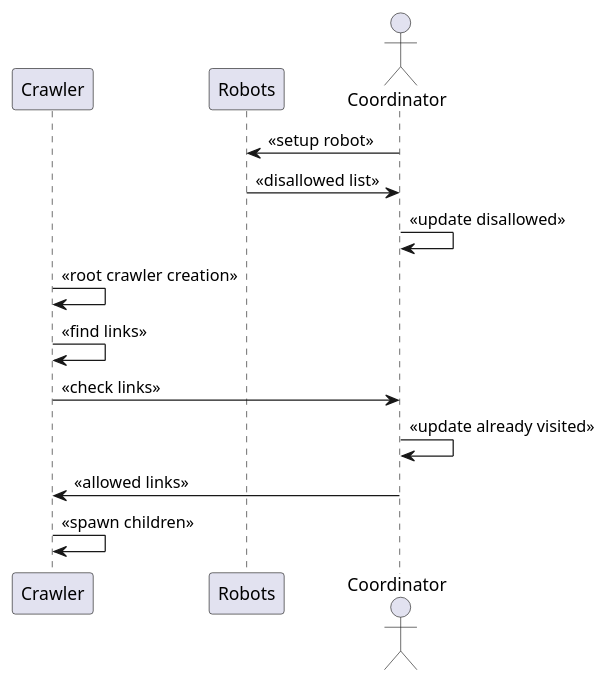
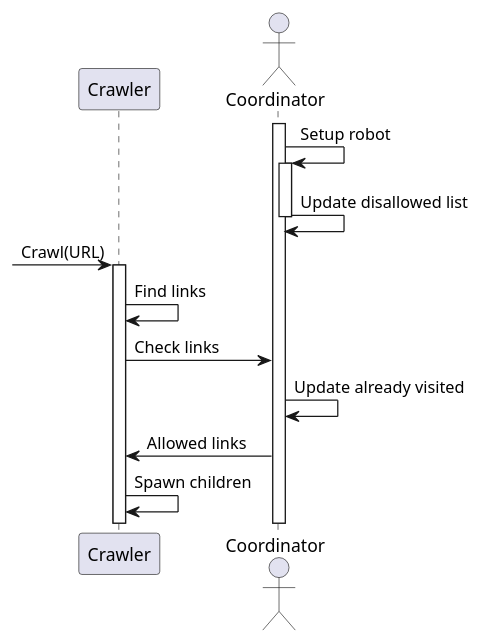
One commit to PPS-22-Scooby/pps-22-scooby.github.io changed the first of 2 diagrams in Writerside/topics/Coordinator.md. Above: the diagram before and after it, drawn with PlantUML. The commit also changed other lines of this file, not shown here.

Commit message:
Fixed Coordinator umls

````diff
--- a/Writerside/topics/Coordinator.md
+++ b/Writerside/topics/Coordinator.md
@@ -6,20 +6,20 @@
 ```plantuml
 @startuml
 participant Crawler
-participant Robots
 actor Coordinator
+activate Coordinator
+Coordinator -> Coordinator: Setup robot
+activate Coordinator
+Coordinator -> Coordinator: Update disallowed list
+deactivate Coordinator
+?-> Crawler: Crawl(URL)
+activate Crawler
+Crawler -> Crawler: Find links
 
-Coordinator -> Robots: <<setup robot>>
-Robots -> Coordinator: <<disallowed list>>
-Coordinator -> Coordinator: <<update disallowed>>
+Crawler -> Coordinator: Check links
+Coordinator -> Coordinator: Update already visited
+Coordinator -> Crawler: Allowed links
 
-Crawler -> Crawler: <<root crawler creation>>
-Crawler -> Crawler: <<find links>>
-
-Crawler -> Coordinator: <<check links>>
-Coordinator -> Coordinator: <<update already visited>>
-Coordinator -> Crawler: <<allowed links>>
-
-Crawler -> Crawler: <<spawn children>>
+Crawler -> Crawler: Spawn children
 @enduml
 ```
````
